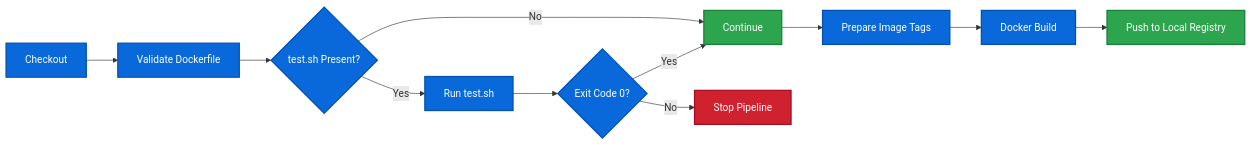
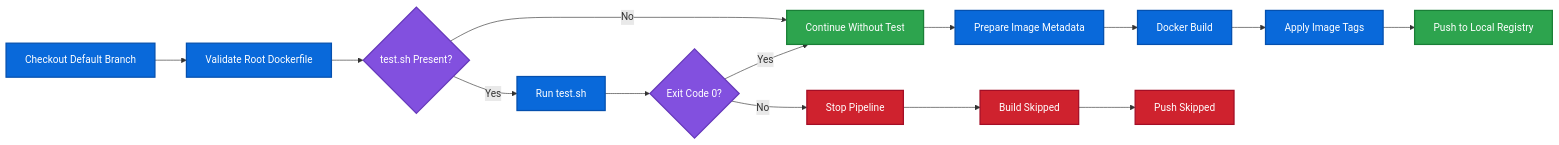
The third of 10 diagrams in docs/architecture.md (meghanareddy08/Txstate-DevOps-Assignment), drawn with Mermaid before and after one commit. The commit also changed other lines of this file, not shown here.

First line of the commit message:
Enhance architecture documentation with execution model

````diff
--- a/docs/architecture.md
+++ b/docs/architecture.md
@@ -130,21 +228,31 @@
 ```mermaid
 flowchart LR
-    A[Checkout] --> B[Validate Dockerfile]
+    A[Checkout Default Branch] --> B[Validate Root Dockerfile]
     B --> C{test.sh Present?}
+
     C -->|Yes| D[Run test.sh]
-    C -->|No| E[Continue]
+    C -->|No| E[Continue Without Test]
+
     D --> F{Exit Code 0?}
+
     F -->|Yes| E
     F -->|No| G[Stop Pipeline]
-    E --> H[Prepare Image Tags]
+
+    E --> H[Prepare Image Metadata]
     H --> I[Docker Build]
-    I --> J[Push to Local Registry]
+    I --> J[Apply Image Tags]
+    J --> K[Push to Local Registry]
+
+    G --> L[Build Skipped]
+    L --> M[Push Skipped]
 
     classDef success fill:#2da44e,color:#ffffff,stroke:#1a7f37,stroke-width:2px;
     classDef failure fill:#cf222e,color:#ffffff,stroke:#a40e26,stroke-width:2px;
     classDef process fill:#0969da,color:#ffffff,stroke:#0550ae,stroke-width:2px;
+    classDef decision fill:#8250df,color:#ffffff,stroke:#6639ba,stroke-width:2px;
 
-    class A,B,C,D,F,H,I process;
-    class E,J success;
-    class G failure;
+    class A,B,D,H,I,J process;
+    class E,K success;
+    class G,L,M failure;
+    class C,F decision;
 ```
````
